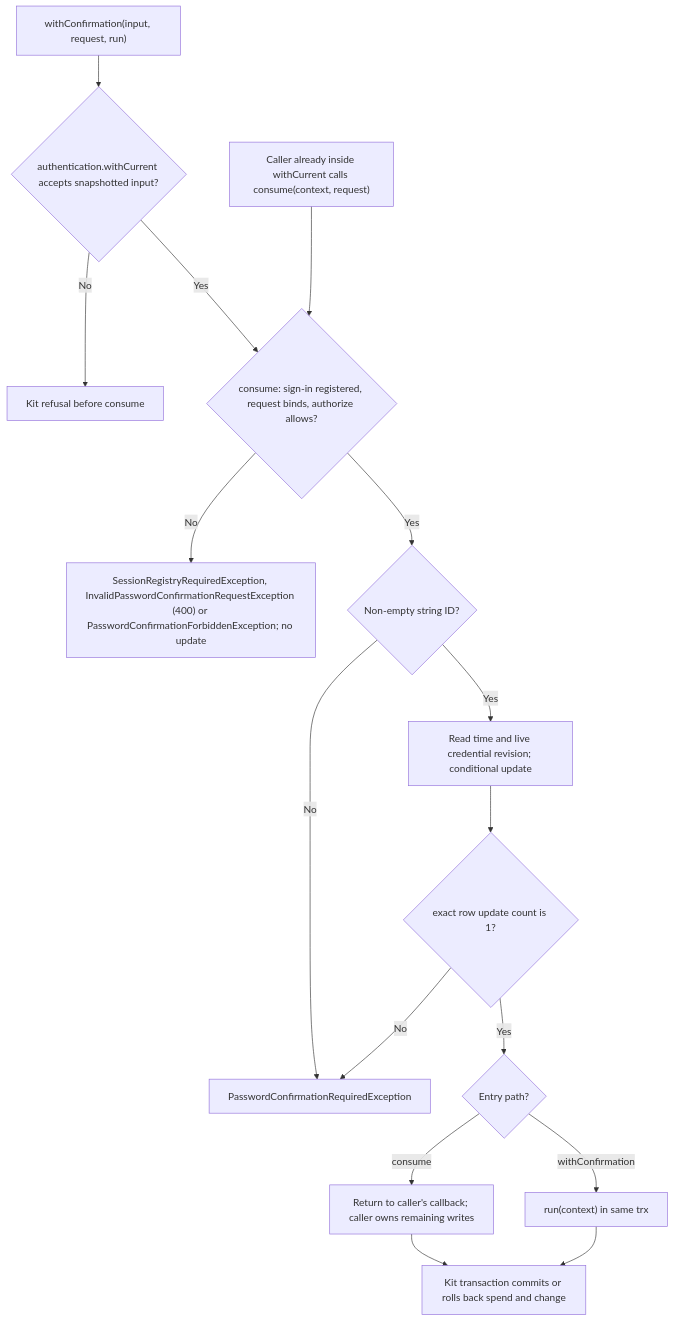
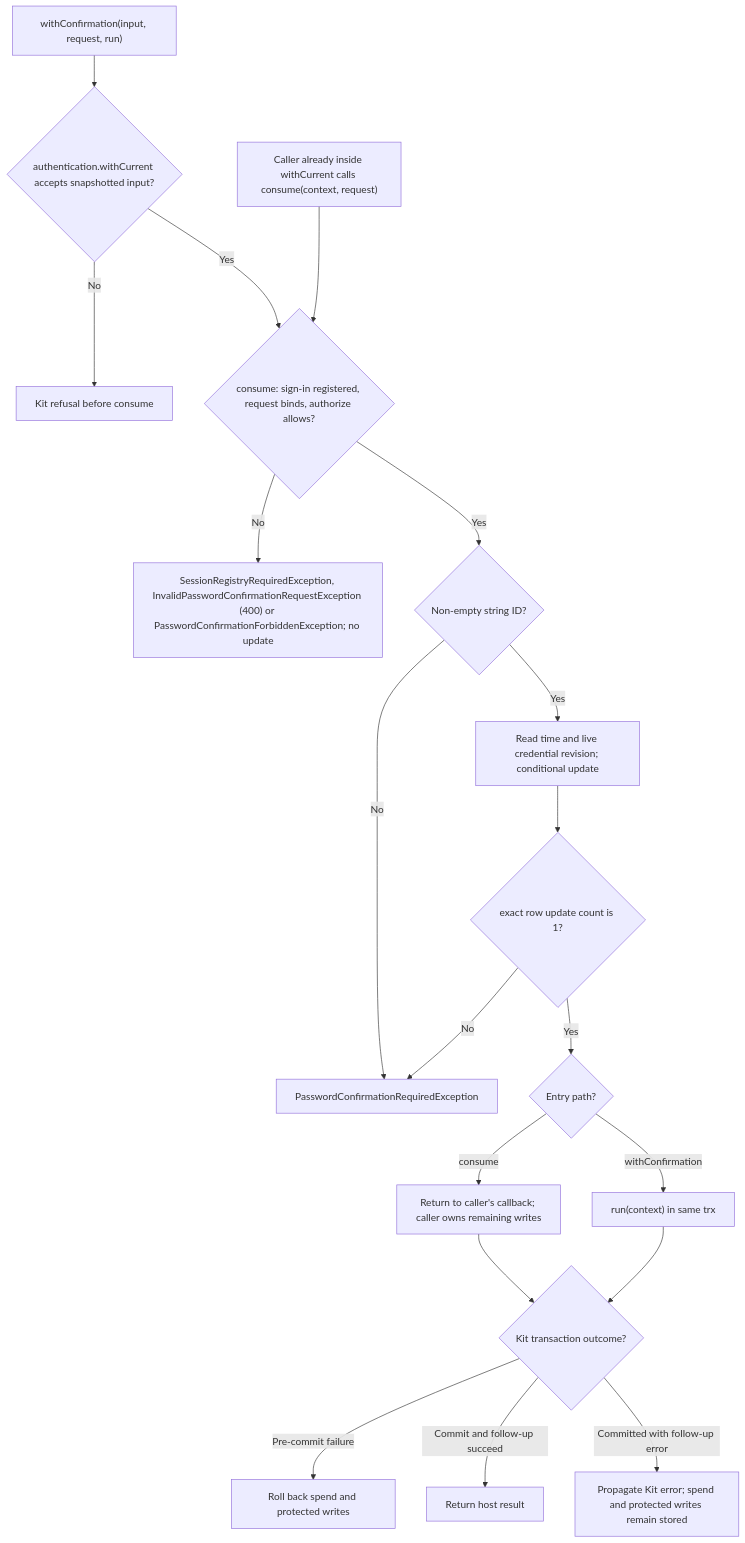
The second of 2 diagrams in user-stories/US-CONFIRM-02-spend-confirmation.md (Kevinjohn/oss-adonisjs-confirm-action-with-password), drawn with Mermaid before and after one commit. The commit also changed other lines of this file and 10 other files, not shown here.

````diff
--- a/user-stories/US-CONFIRM-02-spend-confirmation.md
+++ b/user-stories/US-CONFIRM-02-spend-confirmation.md
@@ -39,18 +41,21 @@
 ```mermaid
 flowchart TD
     A["withConfirmation(input, request, run)"] --> B{"authentication.withCurrent accepts snapshotted input?"}
     B -->|No| X["Kit refusal before consume"]
     B -->|Yes| C{"consume: sign-in registered, request binds, authorize allows?"}
     A2["Caller already inside withCurrent calls consume(context, request)"] --> C
     C -->|No| C2["SessionRegistryRequiredException, InvalidPasswordConfirmationRequestException (400) or PasswordConfirmationForbiddenException; no update"]
     C -->|Yes| C3{"Non-empty string ID?"}
     C3 -->|No| E
     C3 -->|Yes| U["Read time and live credential revision; conditional update"]
     U --> D{"exact row update count is 1?"}
     D -->|No| E["PasswordConfirmationRequiredException"]
     D -->|Yes| R{"Entry path?"}
     R -->|withConfirmation| F["run(context) in same trx"]
     R -->|consume| Y["Return to caller's callback; caller owns remaining writes"]
     Y --> G
-    F --> G["Kit transaction commits or rolls back spend and change"]
+    F --> G{"Kit transaction outcome?"}
+    G -->|Pre-commit failure| I["Roll back spend and protected writes"]
+    G -->|Commit and follow-up succeed| J["Return host result"]
+    G -->|Committed with follow-up error| K["Propagate Kit error; spend and protected writes remain stored"]
 ```
````
